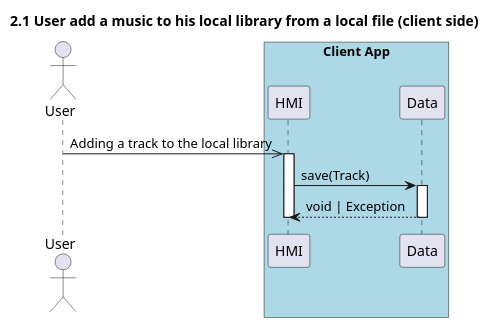
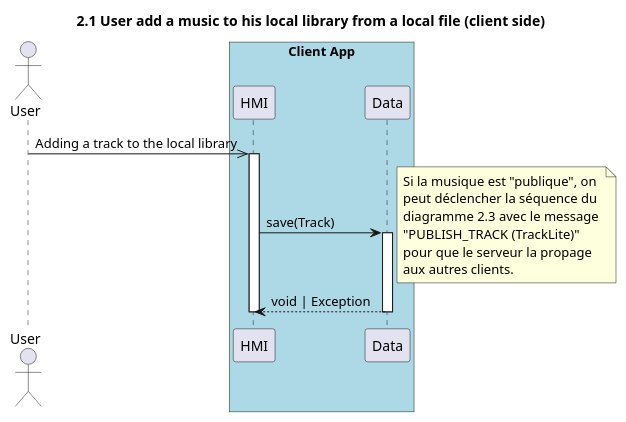
One commit to UTCAI12/Diagrams changed the diagram in sequence/2.1.new_music_client.puml. Above: the diagram before and after it, drawn with PlantUML.

Commit message:
2.1 : adding note for teacher comment

```diff
--- a/sequence/2.1.new_music_client.puml
+++ b/sequence/2.1.new_music_client.puml
@@ -1,20 +1,29 @@
 @startuml 2.1 User add a music to his local library from a local file (client side)
 title 2.1 User add a music to his local library from a local file (client side)
 
 actor "User" as user
 box "Client App" #LightBlue
     participant "HMI" as hmi
     participant "Data" as data
 end box
 
 user ->> hmi : Adding a track to the local library
 activate hmi
 
 hmi -> data : save(Track)
 activate data
 
+note right
+    Si la musique est "publique", on 
+    peut déclencher la séquence du 
+    diagramme 2.3 avec le message 
+    "PUBLISH_TRACK (TrackLite)" 
+    pour que le serveur la propage 
+    aux autres clients.
+end note
+
 data --> hmi : void | Exception
 deactivate data
 deactivate hmi
 
 @enduml
```
